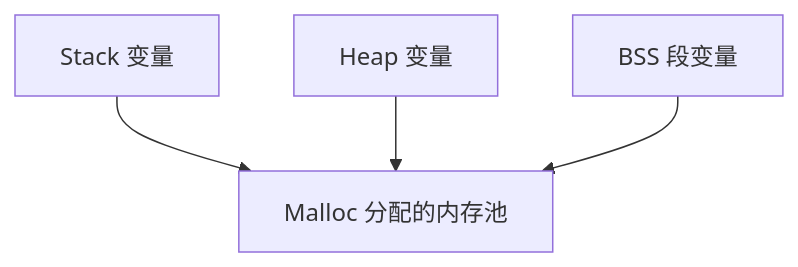
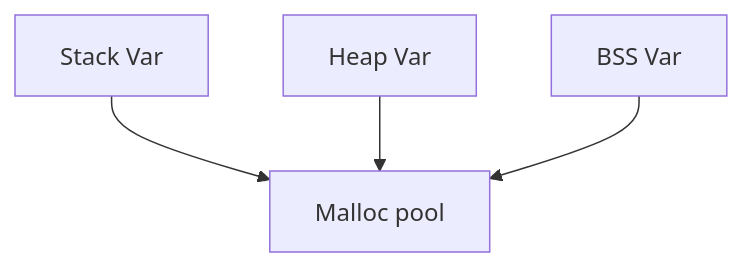
Before and after one commit to Knight-Edward/simple_gc: the diagram in README.md, drawn with Mermaid. The commit also changed other lines of this file and 1 other file, not shown here.

````diff
--- a/README.md
+++ b/README.md
@@ -29,7 +29,7 @@
 ```mermaid
 graph TD
-    A[Stack 变量] --> D[Malloc 分配的内存池]
-    B[Heap 变量] --> D[Malloc 分配的内存池]
-    C[BSS 段变量] --> D[Malloc 分配的内存池]
+    A[Stack Var] --> D[Malloc pool]
+    B[Heap Var] --> D[Malloc pool]
+    C[BSS Var] --> D[Malloc pool]
 
 ```
````
